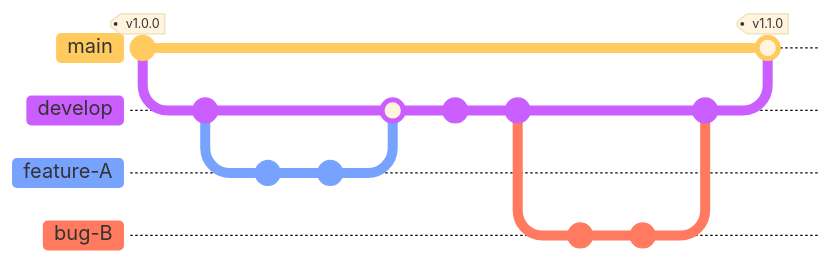
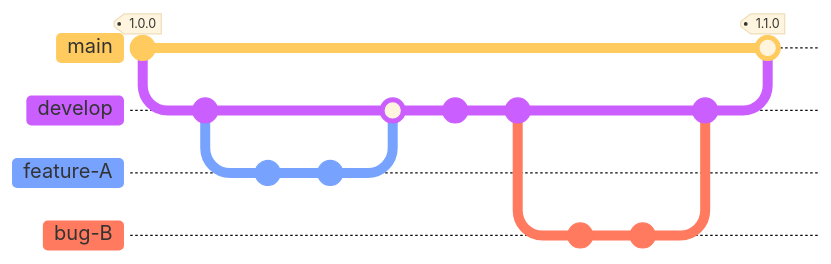
One commit to NCEAS/metacat changed the diagram in CONTRIBUTING.md. Above: the diagram before and after it, drawn with Mermaid. The commit also changed other lines of this file, not shown here.

````diff
--- a/CONTRIBUTING.md
+++ b/CONTRIBUTING.md
@@ -73,31 +70,31 @@
 ```mermaid
 %%{init: {  'theme': 'base',
             'gitGraph': {
                 'rotateCommitLabel': false,
                 'showCommitLabel': false
             },
             'themeVariables': {
               'commitLabelColor': '#ffffffff',
               'commitLabelBackground': '#000000'
             }
 }}%%
 gitGraph
-    commit id: "1" tag: "v1.0.0"
+    commit id: "1" tag: "1.0.0"
     branch develop
     checkout develop
     commit id: "2"
     branch feature-A
     commit id: "3"
     commit id: "4"
     checkout develop
     merge feature-A id: "5"
     commit id: "6"
     commit id: "7"
     branch bug-B
     commit id: "8"
     commit id: "9"
     checkout develop
     merge bug-B  id: "10" type: NORMAL
     checkout main
-    merge develop id: "11" tag: "v1.1.0"
+    merge develop id: "11" tag: "1.1.0"
 ```
````
